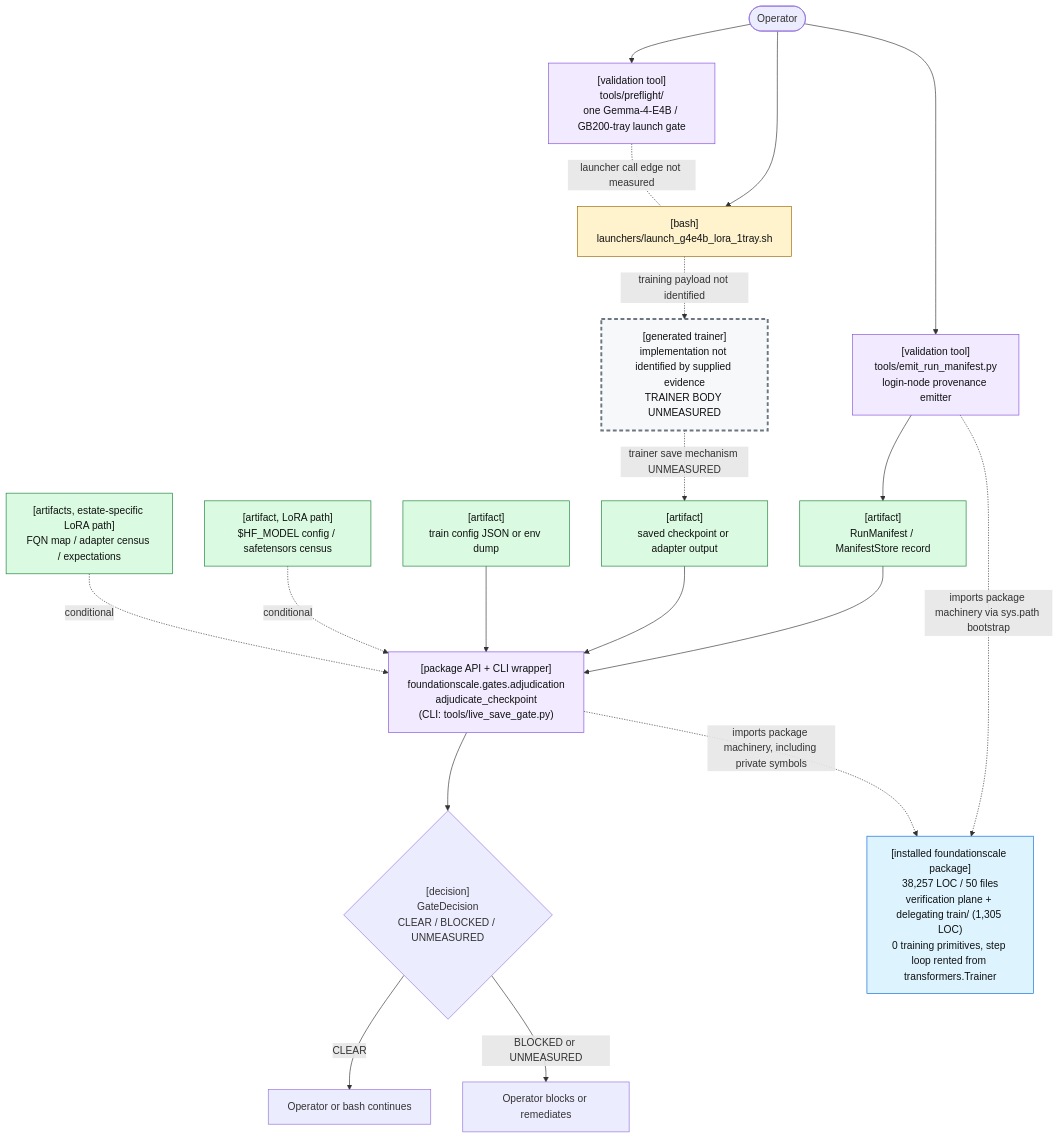
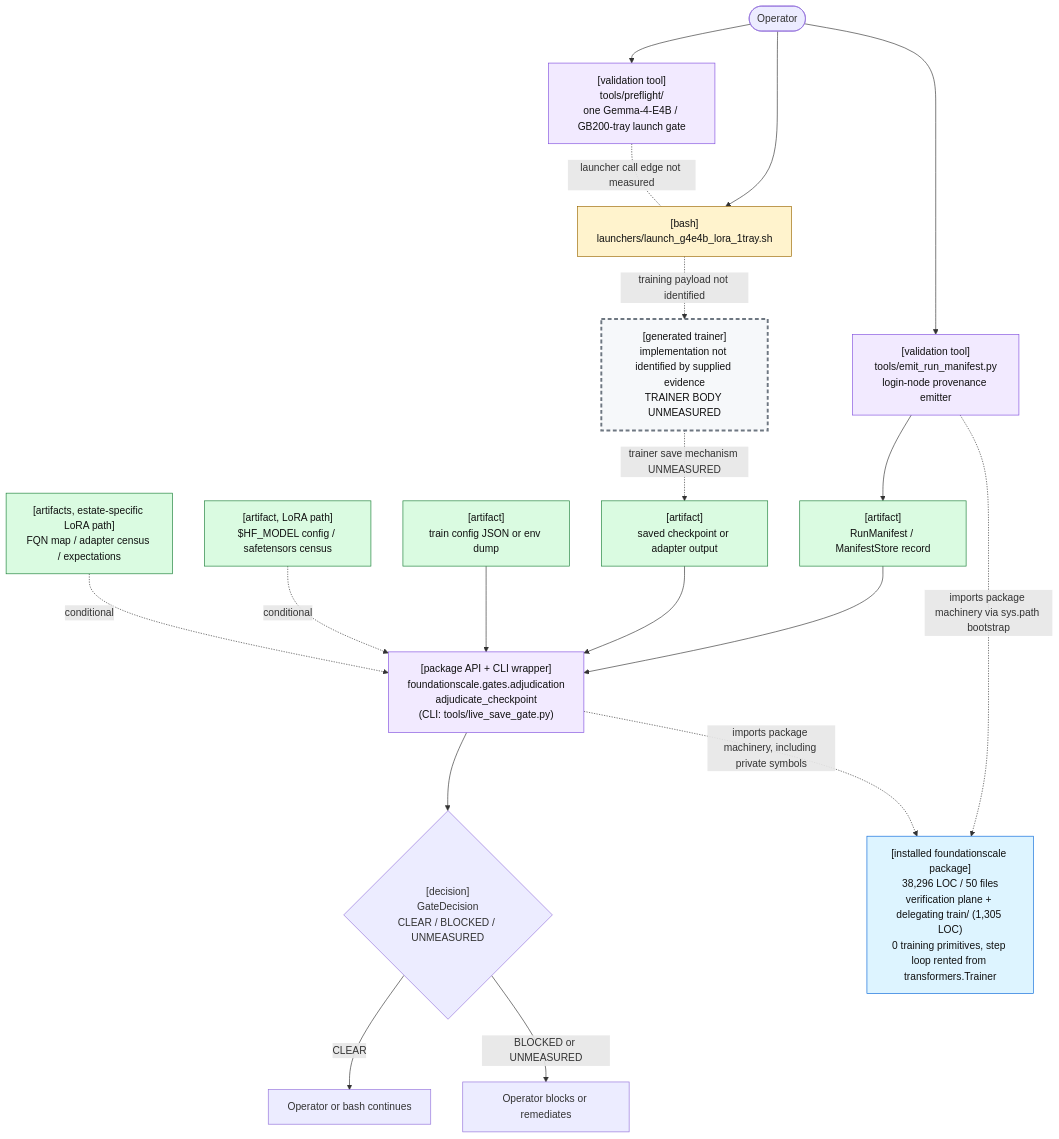
One commit to TranNhiem/FoundationScale changed the first of 2 diagrams in docs/review/D2_current_architecture.md. Above: the diagram before and after it, drawn with Mermaid. The commit also changed other lines of this file and 10 other files, not shown here.

````diff
--- a/docs/review/D2_current_architecture.md
+++ b/docs/review/D2_current_architecture.md
@@ -25,59 +25,59 @@
 ```mermaid
 flowchart TB
   O(["Operator"])
 
   PF["[validation tool]<br/>tools/preflight/<br/>one Gemma-4-E4B / GB200-tray launch gate"]
   L["[bash]<br/>launchers/launch_g4e4b_lora_1tray.sh"]
 
   E["[validation tool]<br/>tools/emit_run_manifest.py<br/>login-node provenance emitter"]
   M["[artifact]<br/>RunManifest / ManifestStore record"]
 
   T["[generated trainer]<br/>implementation not identified by supplied evidence<br/>TRAINER BODY UNMEASURED"]
   C["[artifact]<br/>saved checkpoint or adapter output"]
 
   G["[package API + CLI wrapper]<br/>foundationscale.gates.adjudication<br/>adjudicate_checkpoint<br/>(CLI: tools/live_save_gate.py)"]
   CFG["[artifact]<br/>train config JSON or env dump"]
   BASE["[artifact, LoRA path]<br/>$HF_MODEL config / safetensors census"]
   CEN["[artifacts, estate-specific LoRA path]<br/>FQN map / adapter census / expectations"]
 
   D{"[decision]<br/>GateDecision<br/>CLEAR / BLOCKED / UNMEASURED"}
   OK["Operator or bash continues"]
   NO["Operator blocks or remediates"]
 
-  PKG["[installed foundationscale package]<br/>38,257 LOC / 50 files<br/>verification plane + delegating train/ (1,305 LOC)<br/>0 training primitives, step loop rented from transformers.Trainer"]
+  PKG["[installed foundationscale package]<br/>38,296 LOC / 50 files<br/>verification plane + delegating train/ (1,305 LOC)<br/>0 training primitives, step loop rented from transformers.Trainer"]
 
   O --> PF
   O --> L
   PF -. "launcher call edge not measured" .- L
 
   O --> E
   E --> M
 
   L -. "training payload not identified" .-> T
   T -. "trainer save mechanism UNMEASURED" .-> C
 
   M --> G
   C --> G
   CFG --> G
   BASE -. "conditional" .-> G
   CEN -. "conditional" .-> G
 
   E -. "imports package machinery via sys.path bootstrap" .-> PKG
   G -. "imports package machinery, including private symbols" .-> PKG
 
   G --> D
   D -->|"CLEAR"| OK
   D -->|"BLOCKED or UNMEASURED"| NO
 
   classDef bash fill:#fff3cd,stroke:#9a6700,color:#111;
   classDef tool fill:#f2eaff,stroke:#8250df,color:#111;
   classDef artifact fill:#dafbe1,stroke:#1a7f37,color:#111;
   classDef gap fill:#f6f8fa,stroke:#6e7781,stroke-width:3px,stroke-dasharray: 6 4,color:#111;
   classDef pkg fill:#ddf4ff,stroke:#0969da,color:#111;
 
   class L bash;
   class PF,E,G tool;
   class M,C,CFG,BASE,CEN artifact;
   class T gap;
   class PKG pkg;
 ```
````
